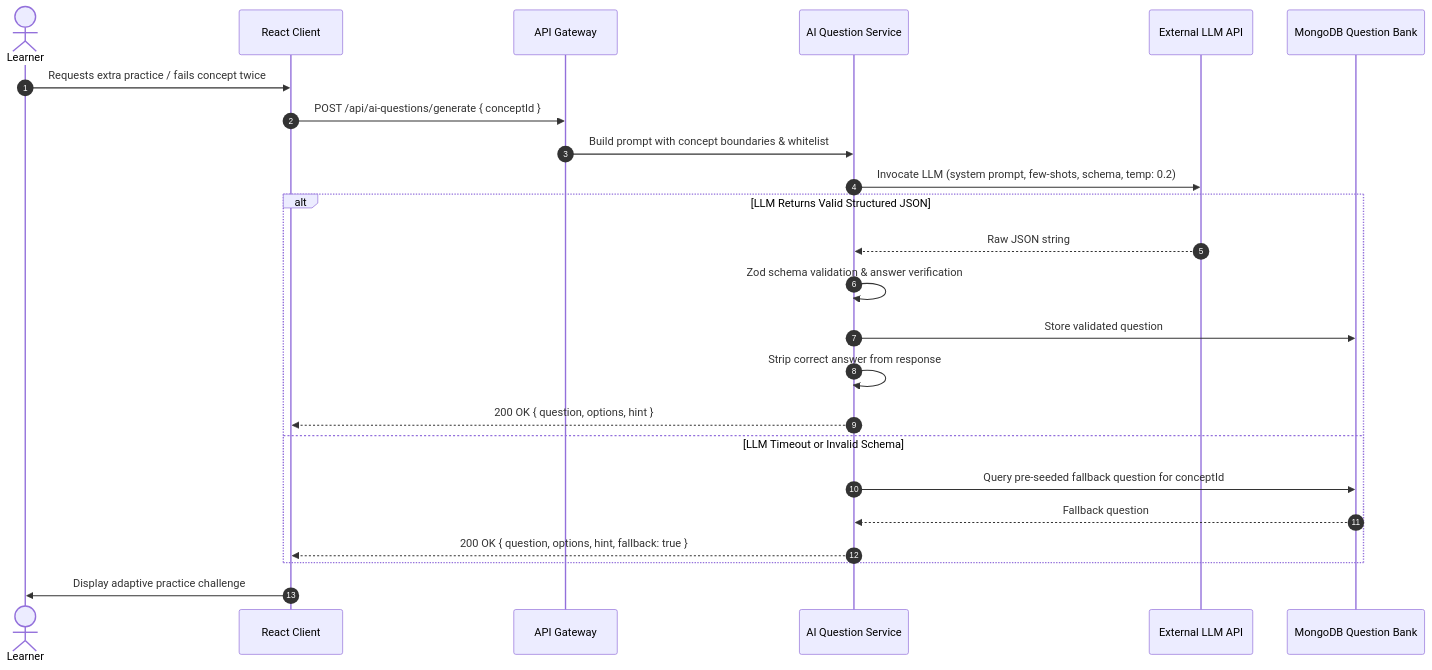
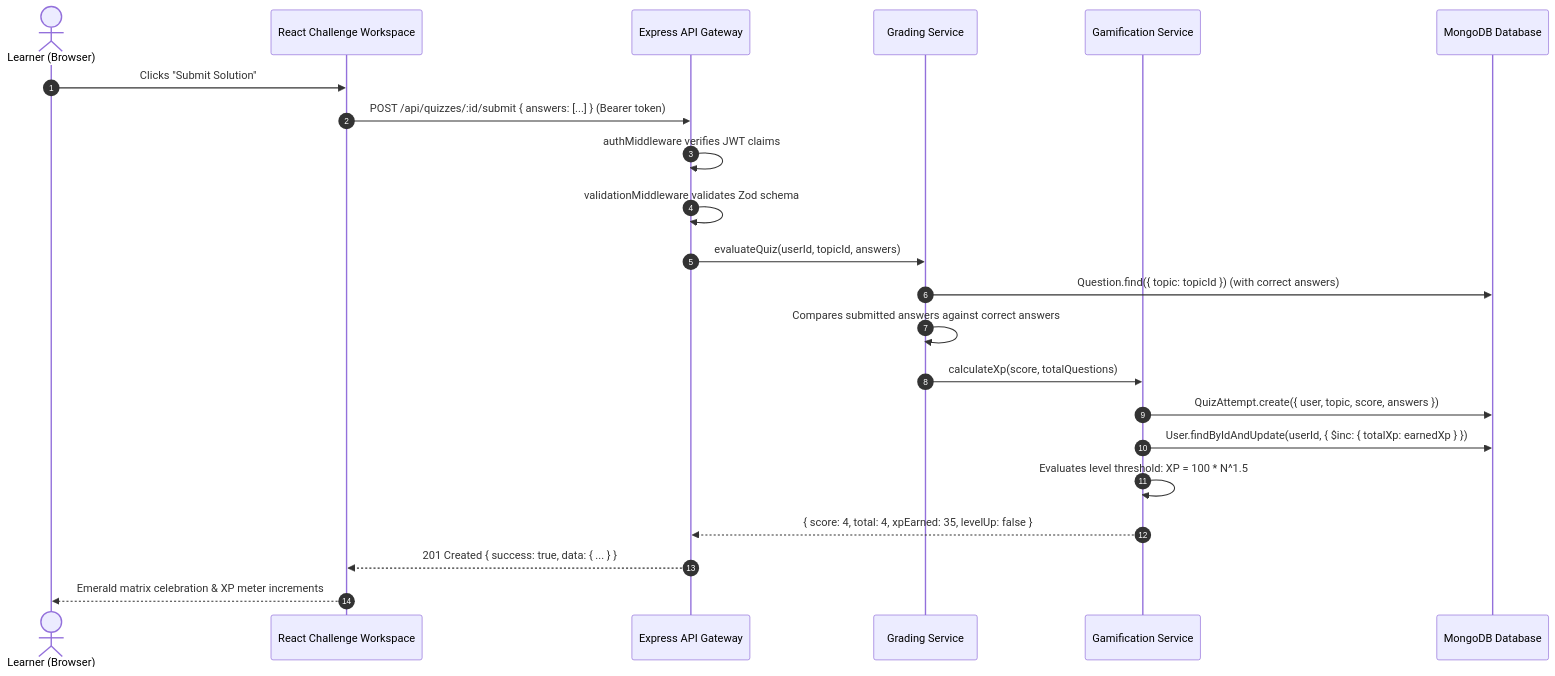
Before and after one commit to tanushreesrivastavs125-code/CodeVerse: diagram 11 of 13 in docs/HLD.md, drawn with Mermaid. The commit also changed other lines of this file, not shown here.

Commit message:
docs: add high level design

````diff
--- a/docs/HLD.md
+++ b/docs/HLD.md
@@ -1221,27 +1401,25 @@
 ```mermaid
 sequenceDiagram
     autonumber
-    actor User as Learner
-    participant UI as React Client
-    participant API as API Gateway
-    participant AI as AI Question Service
-    participant LLM as External LLM API
-    participant DB as MongoDB Question Bank
+    actor Learner as Learner (Browser)
+    participant UI as React Challenge Workspace
+    participant API as Express API Gateway
+    participant Grader as Grading Service
+    participant Gamification as Gamification Service
+    participant DB as MongoDB Database
 
-    User->>UI: Requests extra practice / fails concept twice
-    UI->>API: POST /api/ai-questions/generate { conceptId }
-    API->>AI: Build prompt with concept boundaries & whitelist
-    AI->>LLM: Invocate LLM (system prompt, few-shots, schema, temp: 0.2)
-    alt LLM Returns Valid Structured JSON
-        LLM-->>AI: Raw JSON string
-        AI->>AI: Zod schema validation & answer verification
-        AI->>DB: Store validated question
-        AI->>AI: Strip correct answer from response
-        AI-->>UI: 200 OK { question, options, hint }
-    else LLM Timeout or Invalid Schema
-        AI->>DB: Query pre-seeded fallback question for conceptId
-        DB-->>AI: Fallback question
-        AI-->>UI: 200 OK { question, options, hint, fallback: true }
-    end
-    UI->>User: Display adaptive practice challenge
+    Learner->>UI: Clicks "Submit Solution"
+    UI->>API: POST /api/quizzes/:id/submit { answers: [...] } (Bearer token)
+    API->>API: authMiddleware verifies JWT claims
+    API->>API: validationMiddleware validates Zod schema
+    API->>Grader: evaluateQuiz(userId, topicId, answers)
+    Grader->>DB: Question.find({ topic: topicId }) (with correct answers)
+    Grader->>Grader: Compares submitted answers against correct answers
+    Grader->>Gamification: calculateXp(score, totalQuestions)
+    Gamification->>DB: QuizAttempt.create({ user, topic, score, answers })
+    Gamification->>DB: User.findByIdAndUpdate(userId, { $inc: { totalXp: earnedXp } })
+    Gamification->>Gamification: Evaluates level threshold: XP = 100 * N^1.5
+    Gamification-->>API: { score: 4, total: 4, xpEarned: 35, levelUp: false }
+    API-->>UI: 201 Created { success: true, data: { ... } }
+    UI-->>Learner: Emerald matrix celebration & XP meter increments
 ```
````
